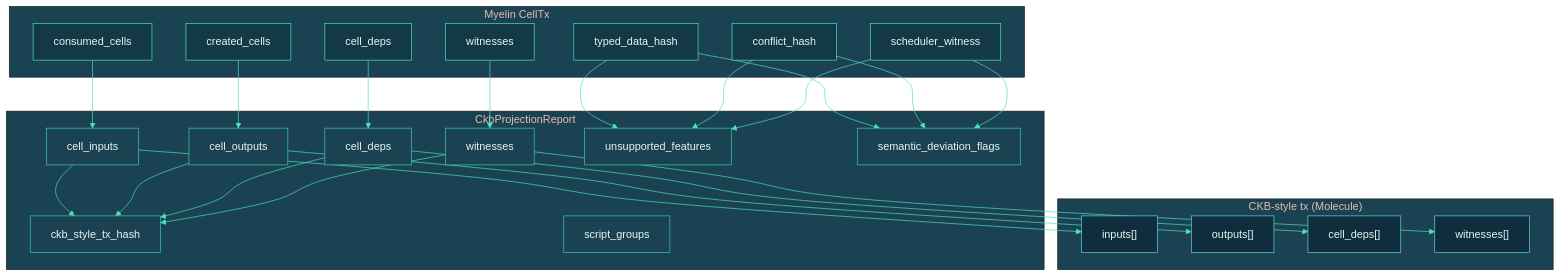
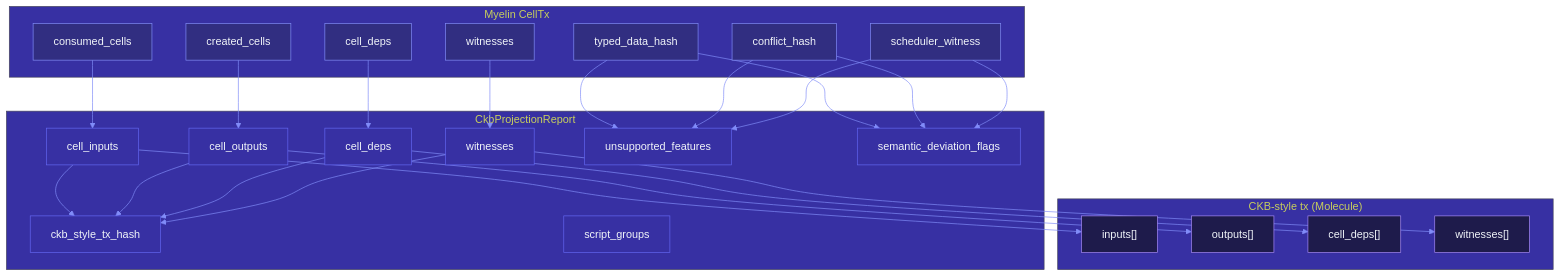
One commit to Myelin-Labs/Myelin changed the diagram in docs/getting-started/anatomy.md. Above: the diagram before and after it, drawn with Mermaid. The commit also changed 31 other files, not shown here.

````diff
--- a/docs/getting-started/anatomy.md
+++ b/docs/getting-started/anatomy.md
@@ -91,49 +91,49 @@
 ```mermaid
 %%{init: {
   "theme": "base",
   "themeVariables": {
-    "primaryColor": "#0F2D3D",
-    "primaryTextColor": "#E8F5F1",
-    "primaryBorderColor": "#3CCBAA",
-    "lineColor": "#4EE0BC",
-    "secondaryColor": "#143946",
-    "tertiaryColor": "#1A4253"
+    "primaryColor": "#1E1B4B",
+    "primaryTextColor": "#F1F5F9",
+    "primaryBorderColor": "#6366F1",
+    "lineColor": "#818CF8",
+    "secondaryColor": "#312E81",
+    "tertiaryColor": "#3730A3"
   }
 }}%%
 flowchart TB
     subgraph MY["Myelin CellTx"]
         M1["consumed_cells"]:::m
         M2["created_cells"]:::m
         M3["cell_deps"]:::m
         M4["witnesses"]:::m
         M5["typed_data_hash"]:::m
         M6["conflict_hash"]:::m
         M7["scheduler_witness"]:::m
     end
     subgraph PROJ["CkbProjectionReport"]
         P1["ckb_style_tx_hash"]:::p
         P2["cell_inputs"]:::p
         P3["cell_outputs"]:::p
         P4["cell_deps"]:::p
         P5["witnesses"]:::p
         P6["script_groups"]:::p
         P7["unsupported_features"]:::p
         P8["semantic_deviation_flags"]:::p
     end
     subgraph CKB["CKB-style tx (Molecule)"]
         K1["inputs[]"]:::k
         K2["outputs[]"]:::k
         K3["cell_deps[]"]:::k
         K4["witnesses[]"]:::k
     end
     M1 --> P2 --> K1
     M2 --> P3 --> K2
     M3 --> P4 --> K3
     M4 --> P5 --> K4
     M5 & M6 & M7 --> P7
     M5 & M6 & M7 --> P8
     P2 & P3 & P4 & P5 --> P1
-    classDef m fill:#143946,stroke:#4EE0BC,color:#E8F5F1;
-    classDef p fill:#1A4253,stroke:#3CCBAA,color:#E8F5F1;
-    classDef k fill:#0F2D3D,stroke:#5DD4E5,color:#E8F5F1;
+    classDef m fill:#312E81,stroke:#818CF8,color:#F1F5F9;
+    classDef p fill:#3730A3,stroke:#6366F1,color:#F1F5F9;
+    classDef k fill:#1E1B4B,stroke:#A78BFA,color:#F1F5F9;
 ```
````
